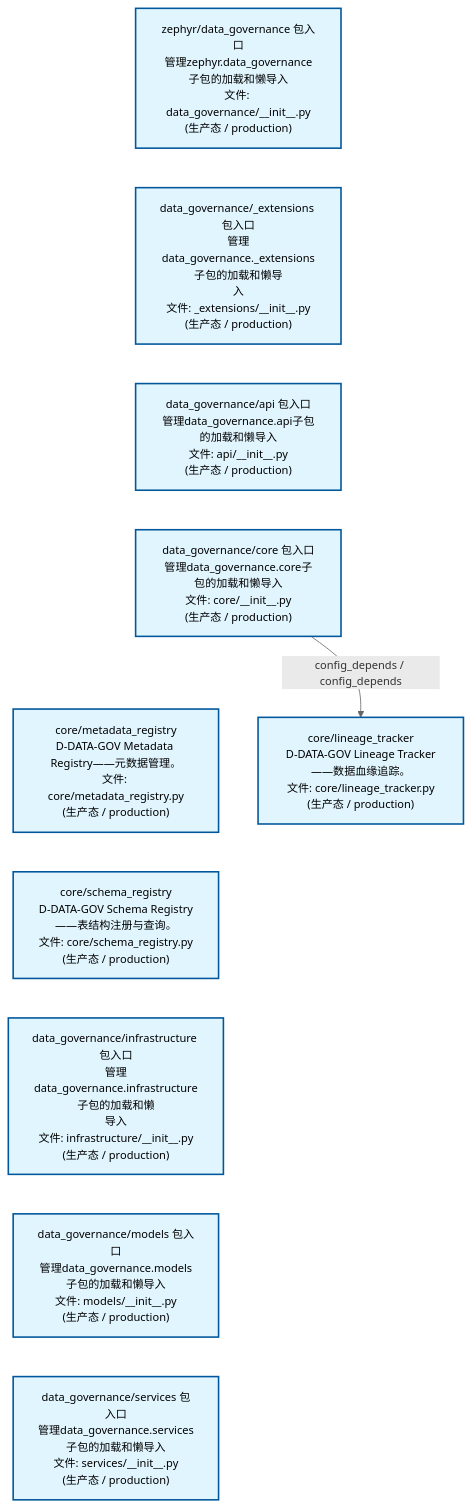
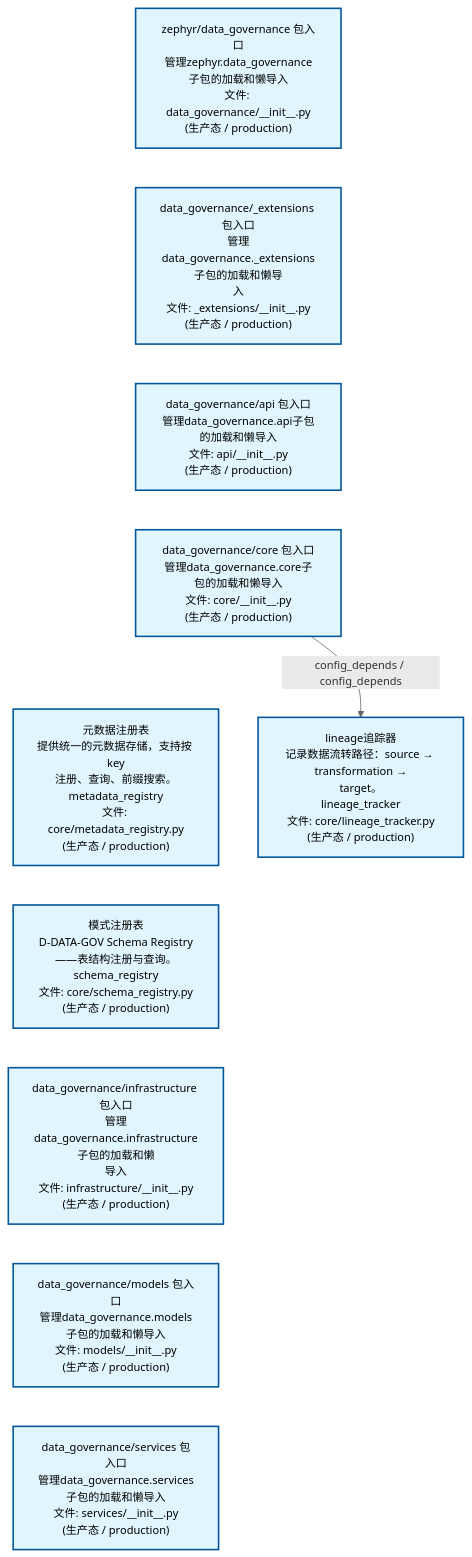
Before and after one commit to xuanFelixVan/ZephyrAlpha: the second of 2 diagrams in docs/02_enterprise_architecture/02_domain_architecture_docs/13_d_data_gov.md, drawn with Mermaid. The commit also changed other lines of this file and 54 other files, not shown here.

````diff
--- a/docs/02_enterprise_architecture/02_domain_architecture_docs/13_d_data_gov.md
+++ b/docs/02_enterprise_architecture/02_domain_architecture_docs/13_d_data_gov.md
@@ -86,28 +86,28 @@
 ```mermaid
 %%{init: {'theme': 'base', 'themeVariables': {'primaryColor': '#eaeaea', 'primaryTextColor': '#333333', 'primaryBorderColor': '#666666', 'lineColor': '#666666', 'secondaryColor': '#eaeaea', 'tertiaryColor': '#eaeaea', 'fontSize': '14px'}}}%%
 flowchart TD
     src_zephyr_data_governance_init_py["zephyr/data_governance 包入口<br/>管理zephyr.data_governance子包的加载和懒导入<br/>文件: data_governance/__init__.py<br/>(生产态 / production)"]
     src_zephyr_data_governance_extensions_init_py["data_governance/_extensions 包入口<br/>管理data_governance._extensions子包的加载和懒导<br/>入<br/>文件: _extensions/__init__.py<br/>(生产态 / production)"]
     src_zephyr_data_governance_api_init_py["data_governance/api 包入口<br/>管理data_governance.api子包的加载和懒导入<br/>文件: api/__init__.py<br/>(生产态 / production)"]
     src_zephyr_data_governance_core_init_py["data_governance/core 包入口<br/>管理data_governance.core子包的加载和懒导入<br/>文件: core/__init__.py<br/>(生产态 / production)"]
-    src_zephyr_data_governance_core_metadata_registry_py["core/metadata_registry<br/>D-DATA-GOV Metadata Registry——元数据管理。<br/>文件: core/metadata_registry.py<br/>(生产态 / production)"]
-    src_zephyr_data_governance_core_schema_registry_py["core/schema_registry<br/>D-DATA-GOV Schema Registry——表结构注册与查询。<br/>文件: core/schema_registry.py<br/>(生产态 / production)"]
+    src_zephyr_data_governance_core_metadata_registry_py["元数据注册表<br/>提供统一的元数据存储，支持按 key<br/>注册、查询、前缀搜索。<br/>metadata_registry<br/>文件: core/metadata_registry.py<br/>(生产态 / production)"]
+    src_zephyr_data_governance_core_schema_registry_py["模式注册表<br/>D-DATA-GOV Schema Registry——表结构注册与查询。<br/>schema_registry<br/>文件: core/schema_registry.py<br/>(生产态 / production)"]
     src_zephyr_data_governance_infrastructure_init_py["data_governance/infrastructure 包入口<br/>管理data_governance.infrastructure子包的加载和懒<br/>导入<br/>文件: infrastructure/__init__.py<br/>(生产态 / production)"]
     src_zephyr_data_governance_models_init_py["data_governance/models 包入口<br/>管理data_governance.models子包的加载和懒导入<br/>文件: models/__init__.py<br/>(生产态 / production)"]
     src_zephyr_data_governance_services_init_py["data_governance/services 包入口<br/>管理data_governance.services子包的加载和懒导入<br/>文件: services/__init__.py<br/>(生产态 / production)"]
     src_zephyr_data_governance_init_py ~~~ src_zephyr_data_governance_extensions_init_py
     src_zephyr_data_governance_extensions_init_py ~~~ src_zephyr_data_governance_api_init_py
     src_zephyr_data_governance_api_init_py ~~~ src_zephyr_data_governance_core_init_py
     src_zephyr_data_governance_core_init_py ~~~ src_zephyr_data_governance_core_metadata_registry_py
     src_zephyr_data_governance_core_metadata_registry_py ~~~ src_zephyr_data_governance_core_schema_registry_py
     src_zephyr_data_governance_core_schema_registry_py ~~~ src_zephyr_data_governance_infrastructure_init_py
     src_zephyr_data_governance_infrastructure_init_py ~~~ src_zephyr_data_governance_models_init_py
     src_zephyr_data_governance_models_init_py ~~~ src_zephyr_data_governance_services_init_py
-    src_zephyr_data_governance_core_lineage_tracker_py["core/lineage_tracker<br/>D-DATA-GOV Lineage Tracker——数据血缘追踪。<br/>文件: core/lineage_tracker.py<br/>(生产态 / production)"]
+    src_zephyr_data_governance_core_lineage_tracker_py["lineage追踪器<br/>记录数据流转路径：source → transformation →<br/>target。<br/>lineage_tracker<br/>文件: core/lineage_tracker.py<br/>(生产态 / production)"]
     src_zephyr_data_governance_core_init_py -->|config_depends / config_depends| src_zephyr_data_governance_core_lineage_tracker_py
     classDef production fill:#e1f5fe,stroke:#01579b,stroke-width:2px,color:#000
     classDef design fill:#fff3e0,stroke:#e65100,stroke-width:2px,color:#000,stroke-dasharray: 5 5
     classDef external_prod fill:#e8f4fd,stroke:#0277bd,stroke-width:1px,color:#000
     classDef external_design fill:#fff8e7,stroke:#ef6c00,stroke-width:1px,color:#000,stroke-dasharray: 5 5
     class src_zephyr_data_governance_init_py,src_zephyr_data_governance_extensions_init_py,src_zephyr_data_governance_api_init_py,src_zephyr_data_governance_core_init_py,src_zephyr_data_governance_core_lineage_tracker_py,src_zephyr_data_governance_core_metadata_registry_py,src_zephyr_data_governance_core_schema_registry_py,src_zephyr_data_governance_infrastructure_init_py,src_zephyr_data_governance_models_init_py,src_zephyr_data_governance_services_init_py production
 ```
````
